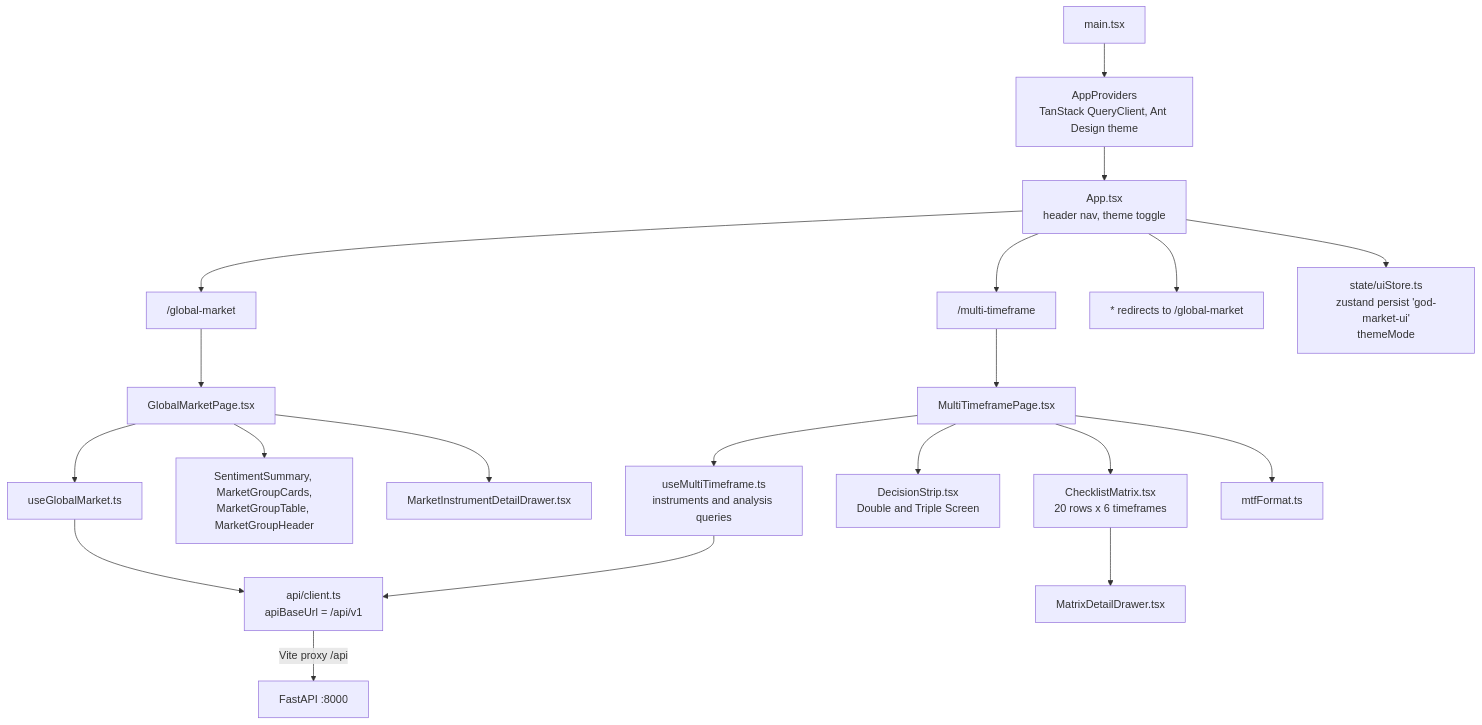
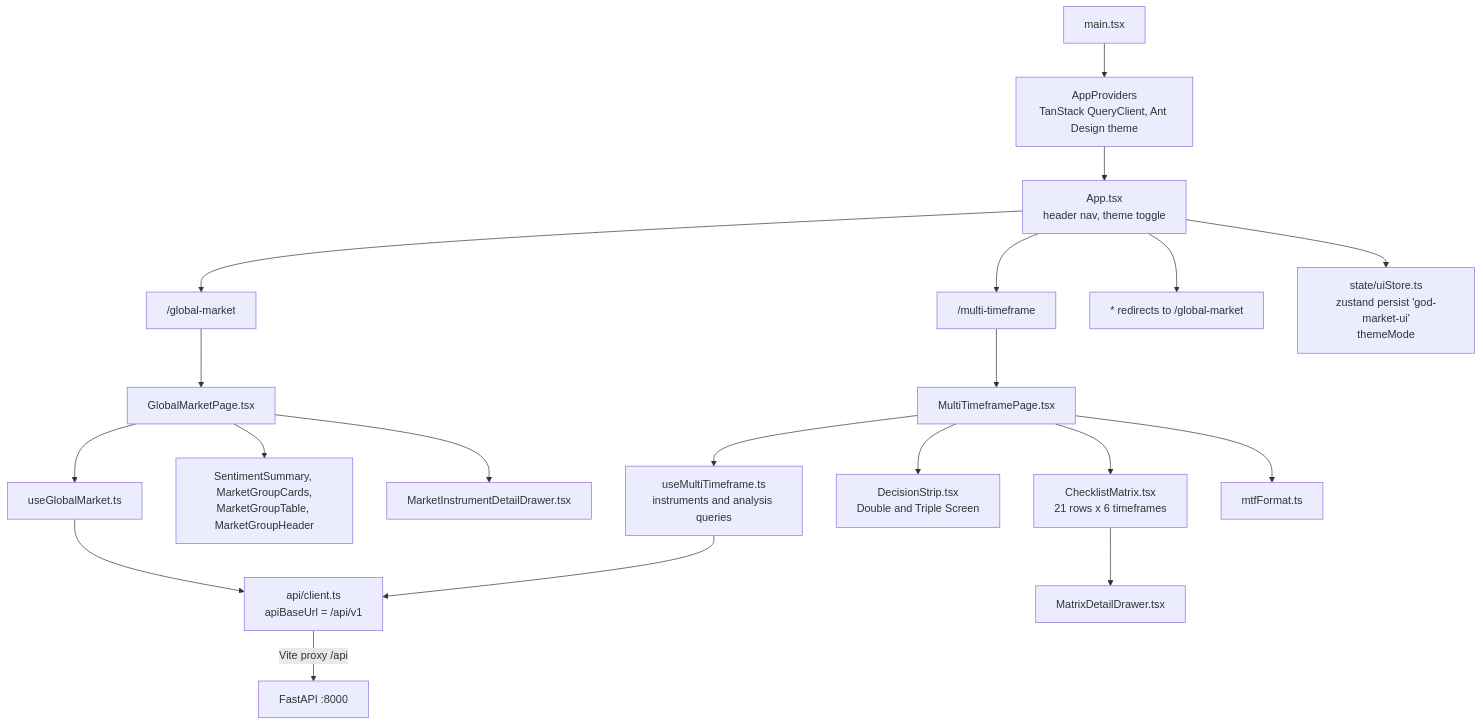
One commit to pravn27/god-market-tech-analysis changed diagram 14 of 14 in docs/architecture/as-built-system-design.md. Above: the diagram before and after it, drawn with Mermaid. The commit also changed other lines of this file and 14 other files, not shown here.

````diff
--- a/docs/architecture/as-built-system-design.md
+++ b/docs/architecture/as-built-system-design.md
@@ -528,26 +528,26 @@
 ```mermaid
 flowchart TD
     MAIN["main.tsx"] --> PROV["AppProviders<br/>TanStack QueryClient, Ant Design theme"]
     PROV --> APPC["App.tsx<br/>header nav, theme toggle"]
     APPC --> R1["/global-market"]
     APPC --> R2["/multi-timeframe"]
     APPC --> R3["* redirects to /global-market"]
 
     R1 --> GMP["GlobalMarketPage.tsx"]
     GMP --> GMH["useGlobalMarket.ts"]
     GMP --> GMC["SentimentSummary, MarketGroupCards,<br/>MarketGroupTable, MarketGroupHeader"]
     GMP --> GMD["MarketInstrumentDetailDrawer.tsx"]
 
     R2 --> MTP["MultiTimeframePage.tsx"]
     MTP --> MTH["useMultiTimeframe.ts<br/>instruments and analysis queries"]
     MTP --> MTC["DecisionStrip.tsx<br/>Double and Triple Screen"]
-    MTP --> MTM["ChecklistMatrix.tsx<br/>20 rows x 6 timeframes"]
+    MTP --> MTM["ChecklistMatrix.tsx<br/>21 rows x 6 timeframes"]
     MTM --> MTD["MatrixDetailDrawer.tsx"]
     MTP --> MTF["mtfFormat.ts"]
 
     GMH --> CLIENT["api/client.ts<br/>apiBaseUrl = /api/v1"]
     MTH --> CLIENT
     CLIENT -- "Vite proxy /api" --> API["FastAPI :8000"]
 
     APPC --> STORE["state/uiStore.ts<br/>zustand persist 'god-market-ui'<br/>themeMode"]
 ```
````
